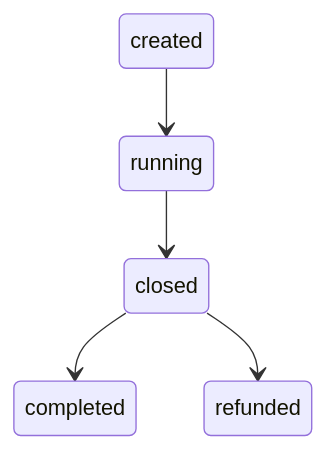
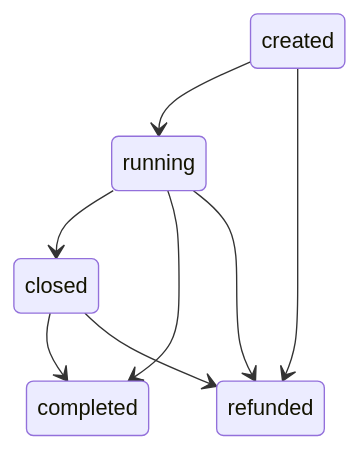
One commit to StreamElements/docs changed the diagram in src/content/docs/websockets/topics/channel-contests.md. Above: the diagram before and after it, drawn with Mermaid. The commit also changed other lines of this file and 16 other files, not shown here.

````diff
--- a/src/content/docs/websockets/topics/channel-contests.md
+++ b/src/content/docs/websockets/topics/channel-contests.md
@@ -107,7 +107,10 @@
 ```mermaid
 stateDiagram-v2
     created --> running
     running --> closed
+    running --> completed
     closed --> completed
+    created --> refunded
+    running --> refunded
     closed --> refunded
 ```
````
